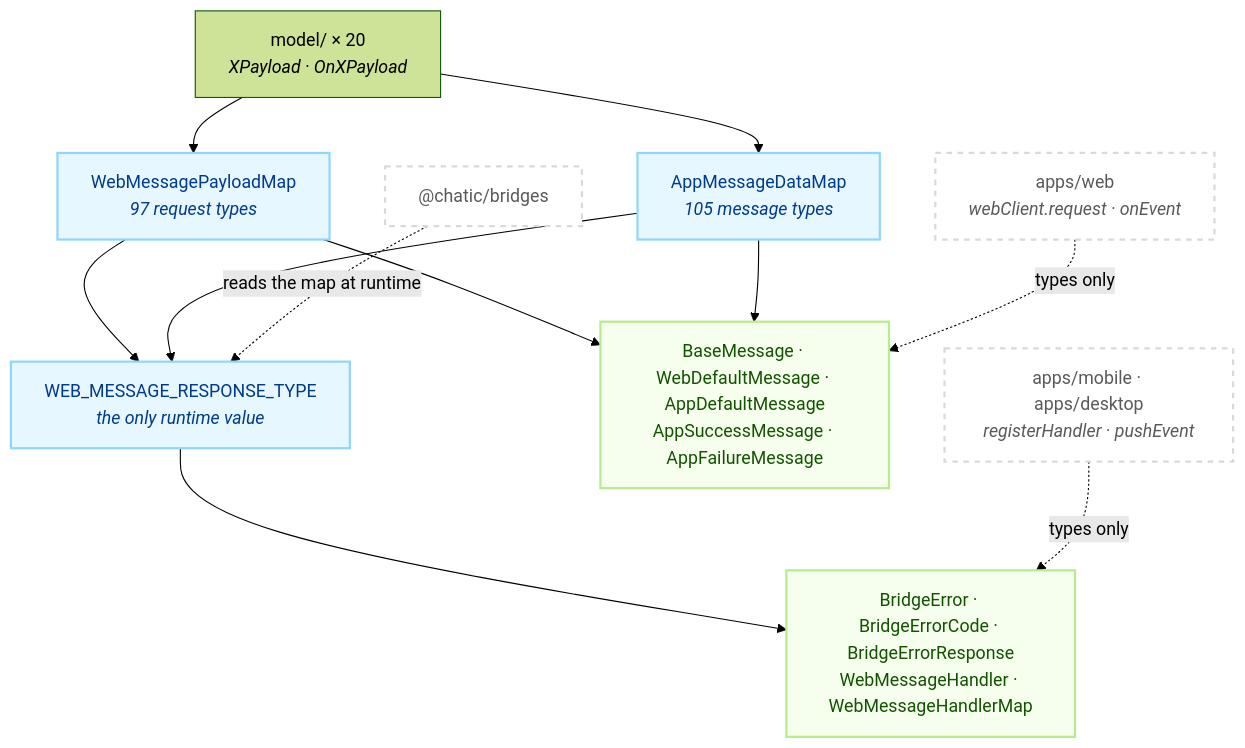
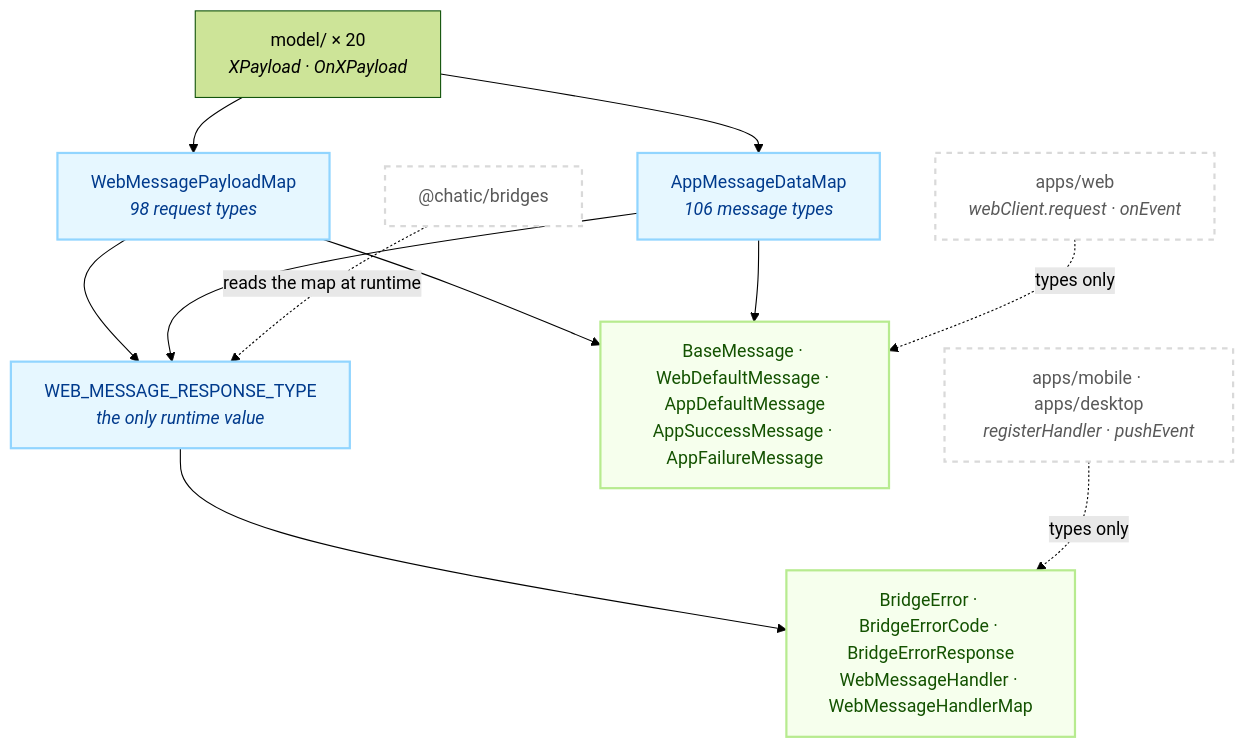
Before and after one commit to lemoncloud-io/dou-app: the first of 2 diagrams in libs/app-messages/README.md, drawn with Mermaid (forest theme). The commit also changed other lines of this file and 90 other files, not shown here.

First line of the commit message:
fix(web,mobile,app-messages): show the launch splash once, held until the web paints (ADR-0154)

````diff
--- a/libs/app-messages/README.md
+++ b/libs/app-messages/README.md
@@ -89,28 +89,28 @@
 ```mermaid
 flowchart TD
     classDef ext fill:#ffffff,stroke:#d9d9d9,stroke-width:2px,color:#595959,stroke-dasharray: 5 5;
     classDef map fill:#e6f7ff,stroke:#91d5ff,stroke-width:2px,color:#003a8c;
     classDef env fill:#f6ffed,stroke:#b7eb8f,stroke-width:2px,color:#135200;
 
     Model["model/ × 20<br/><i>XPayload · OnXPayload</i>"]
-    WM["WebMessagePayloadMap<br/><i>97 request types</i>"]:::map
-    AM["AppMessageDataMap<br/><i>105 message types</i>"]:::map
+    WM["WebMessagePayloadMap<br/><i>98 request types</i>"]:::map
+    AM["AppMessageDataMap<br/><i>106 message types</i>"]:::map
     RT["WEB_MESSAGE_RESPONSE_TYPE<br/><i>the only runtime value</i>"]:::map
     Env["BaseMessage · WebDefaultMessage · AppDefaultMessage<br/>AppSuccessMessage · AppFailureMessage"]:::env
     Err["BridgeError · BridgeErrorCode · BridgeErrorResponse<br/>WebMessageHandler · WebMessageHandlerMap"]:::env
 
     Web["apps/web<br/><i>webClient.request · onEvent</i>"]:::ext
     Shell["apps/mobile · apps/desktop<br/><i>registerHandler · pushEvent</i>"]:::ext
     Br["@chatic/bridges"]:::ext
 
     Model --> WM
     Model --> AM
     WM --> RT
     AM --> RT
     WM --> Env
     AM --> Env
     RT --> Err
     Br -.->|"reads the map at runtime"| RT
     Web -.->|"types only"| Env
     Shell -.->|"types only"| Err
 ```
````
